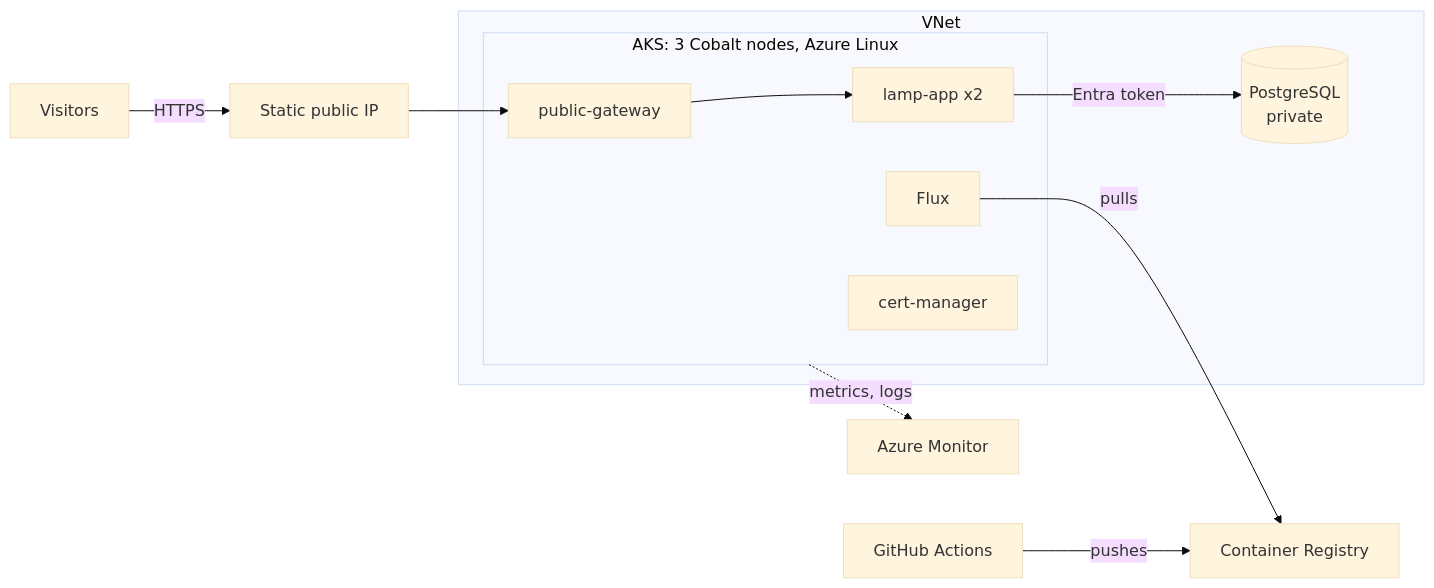
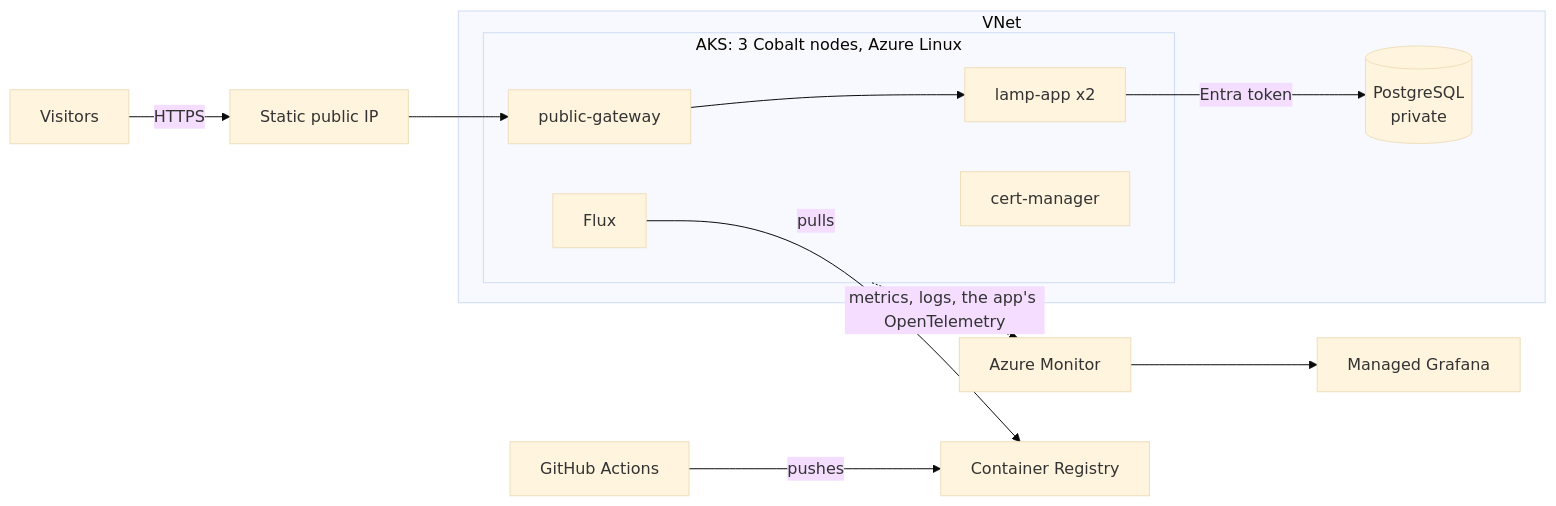
One commit to jaredthivener/python-lamp-web-app changed the diagram in infra/README.md. Above: the diagram before and after it, drawn with Mermaid (base theme). The commit also changed other lines of this file and 21 other files, not shown here.

First line of the commit message:
OpenTelemetry collector gateway and Azure Managed Grafana, without Application Insights (#220)

````diff
--- a/infra/README.md
+++ b/infra/README.md
@@ -7,17 +7,18 @@
 ```mermaid
 graph LR
     U[Visitors] -->|HTTPS| IP[Static public IP]
     subgraph VNet
         subgraph AKS["AKS: 3 Cobalt nodes, Azure Linux"]
             GW[public-gateway] --> APP[lamp-app x2]
             FLUX[Flux]
             CM[cert-manager]
         end
         PG[(PostgreSQL<br/>private)]
     end
     IP --> GW
     APP -->|Entra token| PG
     FLUX -->|pulls| ACR[Container Registry]
     CI[GitHub Actions] -->|pushes| ACR
-    AKS -.->|metrics, logs| MON[Azure Monitor]
+    AKS -.->|metrics, logs, the app's OpenTelemetry| MON[Azure Monitor]
+    MON --> GRAF[Managed Grafana]
 ```
````
